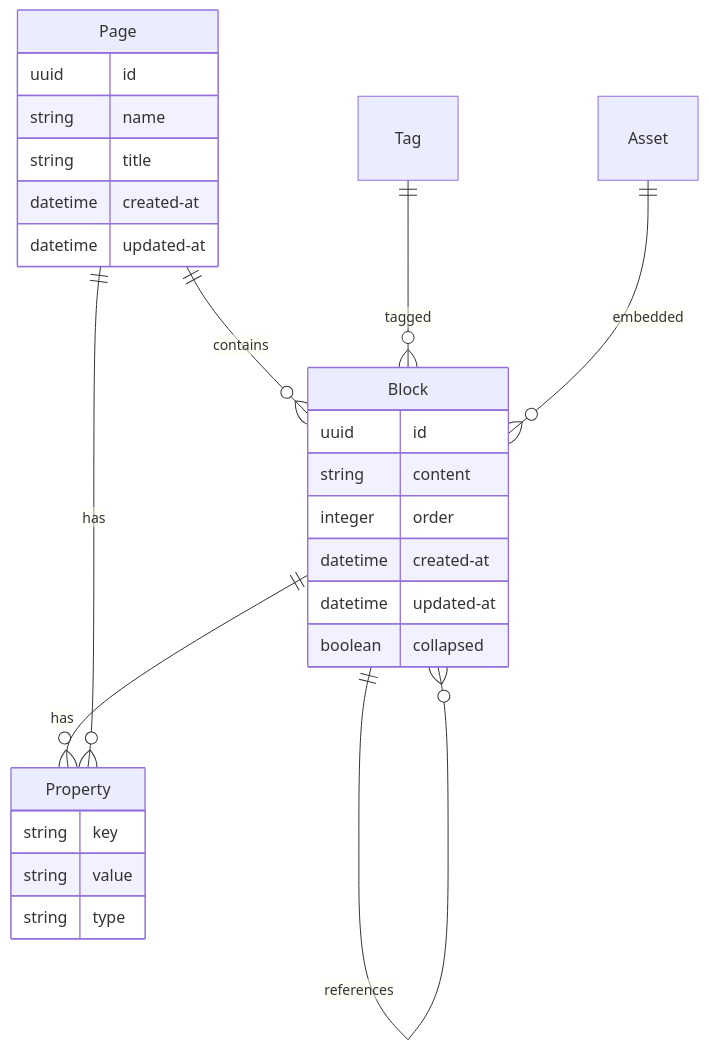
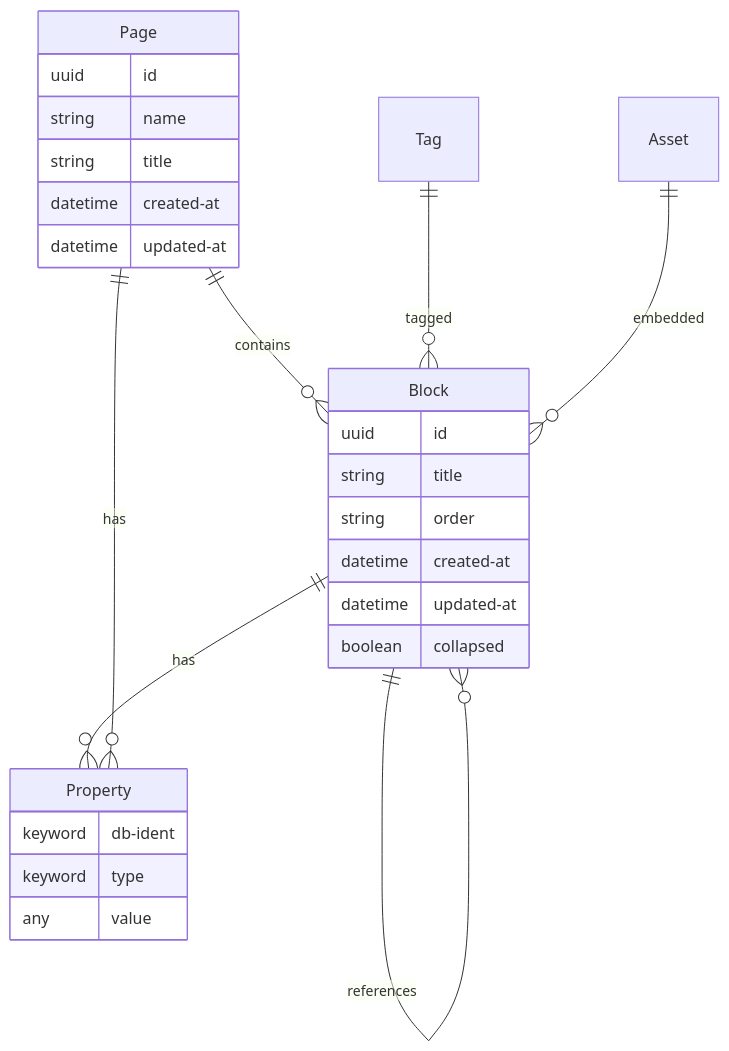
The first of 5 diagrams in dz/docs/02-architecture/data-architecture.md (hdansou/logseq), drawn with Mermaid before and after one commit. The commit also changed other lines of this file and 140 other files, not shown here.

````diff
--- a/dz/docs/02-architecture/data-architecture.md
+++ b/dz/docs/02-architecture/data-architecture.md
@@ -17,33 +17,33 @@
 ```mermaid
 erDiagram
     Page ||--o{ Block : contains
     Block ||--o{ Block : parent-child
     Block ||--o{ Block : references
     Block ||--o{ Property : has
     Page ||--o{ Property : has
     Tag ||--o{ Block : tagged
     Asset ||--o{ Block : embedded
 
     Page {
         uuid id
         string name
         string title
         datetime created-at
         datetime updated-at
     }
 
     Block {
         uuid id
-        string content
-        integer order
+        string title
+        string order
         datetime created-at
         datetime updated-at
         boolean collapsed
     }
 
     Property {
-        string key
-        string value
-        string type
+        keyword db-ident
+        keyword type
+        any value
     }
 ```
````
